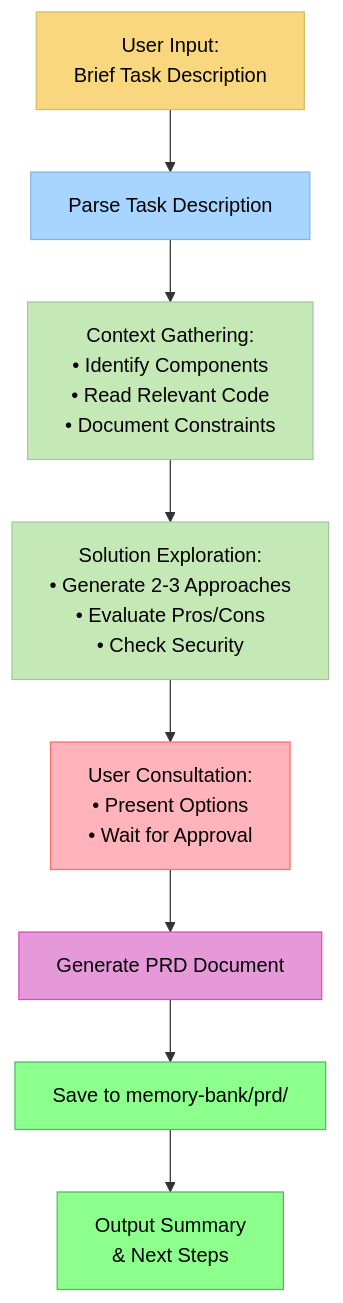
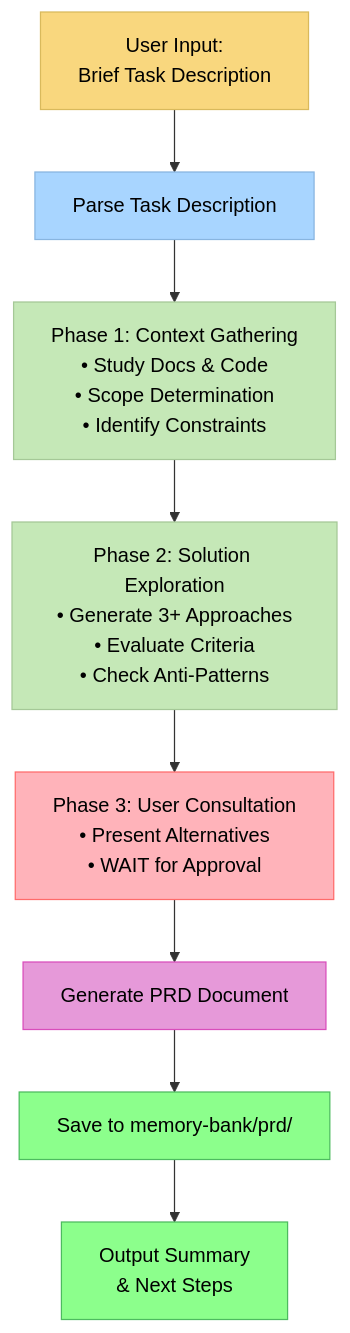
One commit to Angry-Robot-Deals/cursor-memory-bank-angry changed the first of 2 diagrams in .cursor/commands/prd.md. Above: the diagram before and after it, drawn with Mermaid. The commit also changed other lines of this file and 9 other files, not shown here.

````diff
--- a/.cursor/commands/prd.md
+++ b/.cursor/commands/prd.md
@@ -43,19 +40,19 @@
 ```mermaid
 graph TD
     Start["User Input:<br>Brief Task Description"] --> Parse["Parse Task Description"]
-    Parse --> Context["Context Gathering:<br>• Identify Components<br>• Read Relevant Code<br>• Document Constraints"]
-    Context --> Explore["Solution Exploration:<br>• Generate 2-3 Approaches<br>• Evaluate Pros/Cons<br>• Check Security"]
-    Explore --> Consult["User Consultation:<br>• Present Options<br>• Wait for Approval"]
+    Parse --> Context["Phase 1: Context Gathering<br>• Study Docs & Code<br>• Scope Determination<br>• Identify Constraints"]
+    Context --> Explore["Phase 2: Solution Exploration<br>• Generate 3+ Approaches<br>• Evaluate Criteria<br>• Check Anti-Patterns"]
+    Explore --> Consult["Phase 3: User Consultation<br>• Present Alternatives<br>• WAIT for Approval"]
     Consult --> Generate["Generate PRD Document"]
     Generate --> Save["Save to memory-bank/prd/"]
     Save --> Summary["Output Summary<br>& Next Steps"]
     
     style Start fill:#f9d77e,stroke:#d9b95c,color:black
     style Parse fill:#a8d5ff,stroke:#88b5e0,color:black
     style Context fill:#c5e8b7,stroke:#a5c897,color:black
     style Explore fill:#c5e8b7,stroke:#a5c897,color:black
     style Consult fill:#ffb3ba,stroke:#ff6b6b,color:black
     style Generate fill:#e699d9,stroke:#d94dbb,color:black
     style Save fill:#8cff8c,stroke:#4dbb5f,color:black
     style Summary fill:#8cff8c,stroke:#4dbb5f,color:black
 ```
````
